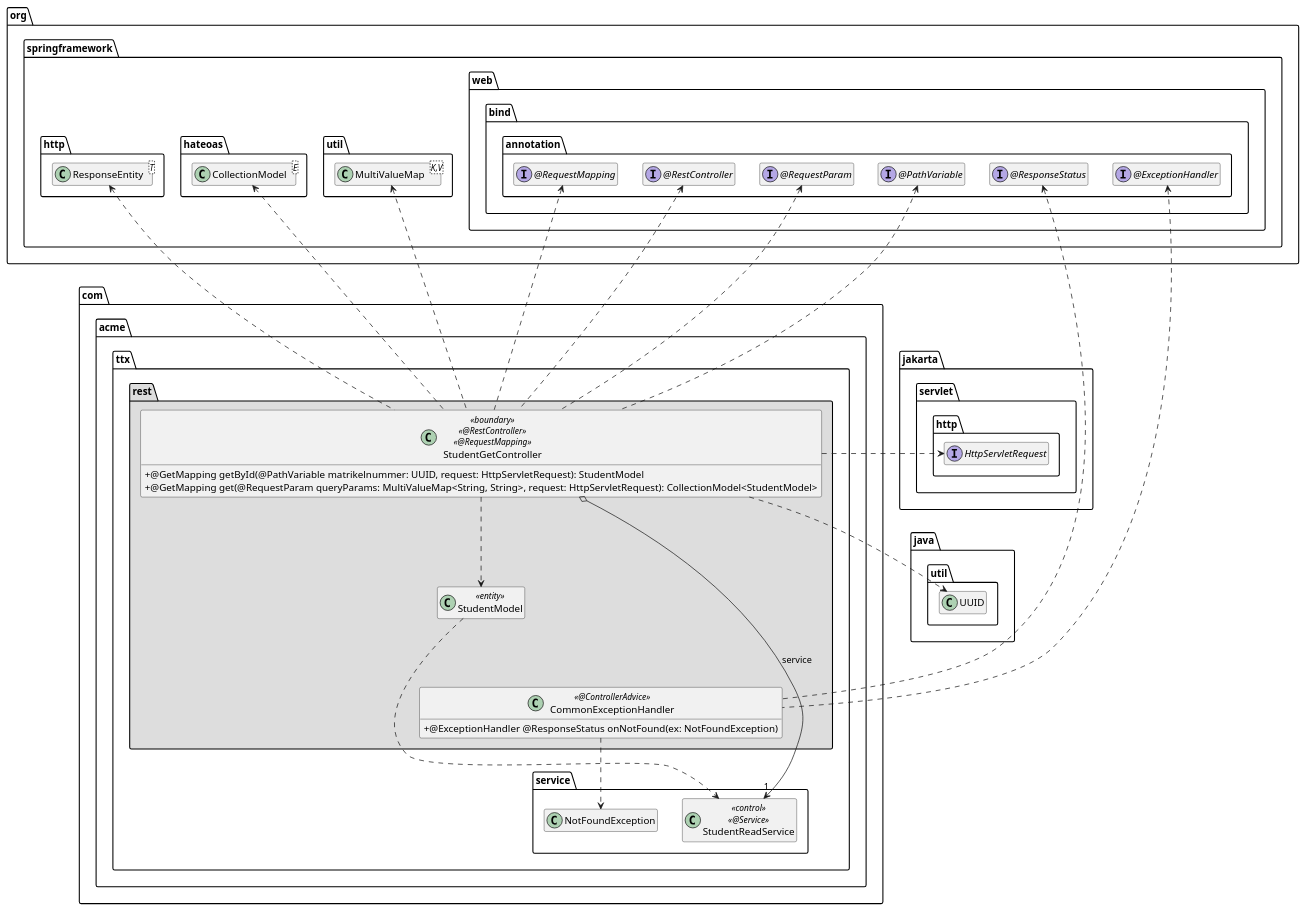
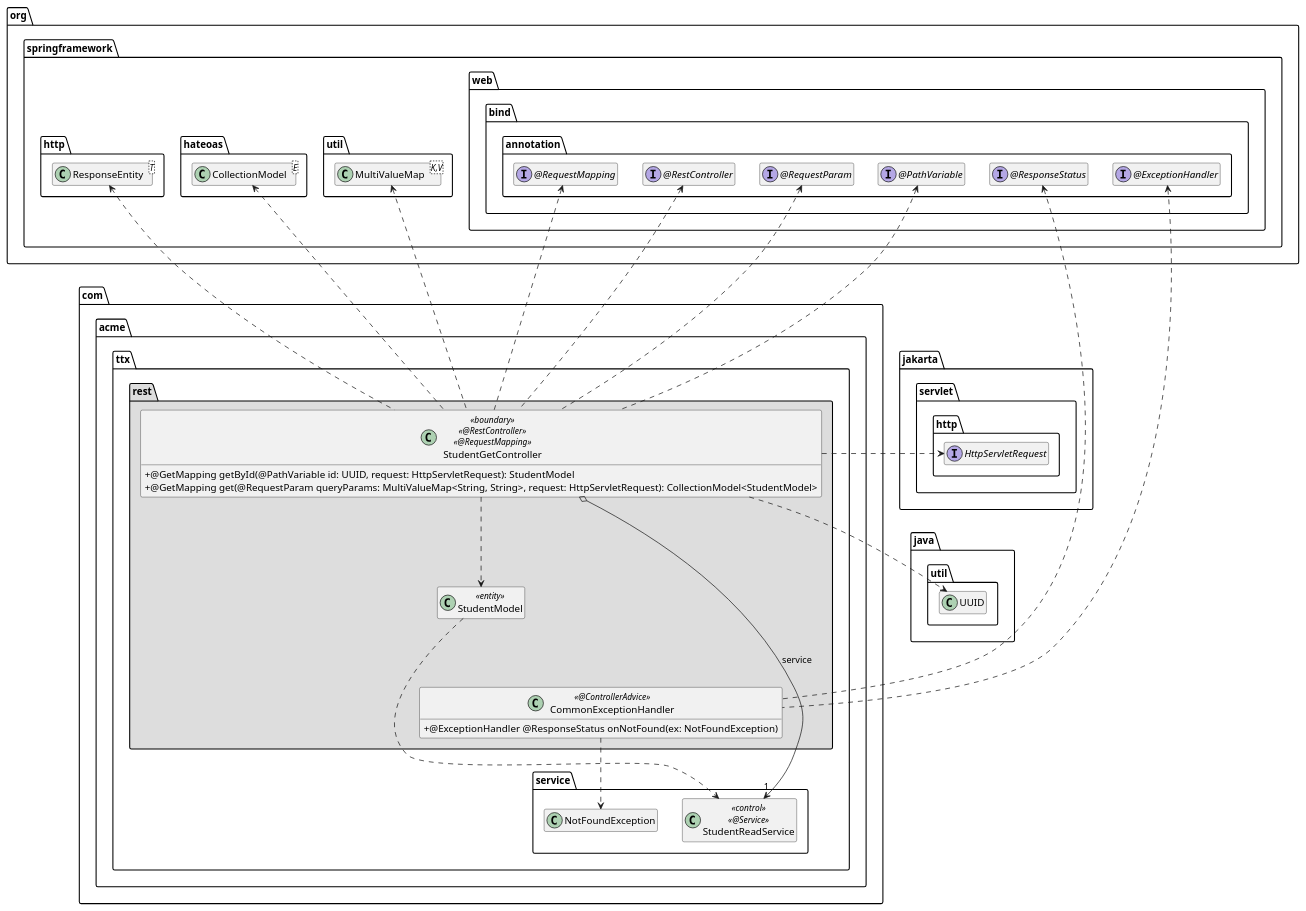
One commit to thanhxt/StudentServer changed the diagram in extras/doc/StudentGetController.puml. Above: the diagram before and after it, drawn with PlantUML. The commit also changed 9 other files, not shown here.

Commit message:
plantuml diagramms updated

```diff
--- a/extras/doc/StudentGetController.puml
+++ b/extras/doc/StudentGetController.puml
@@ -1,77 +1,77 @@
 @startuml StudentGetController
 
 skinparam classAttributeIconSize 0
 
 package org.springframework {
     package web.bind.annotation {
         interface "@RestController" as RestController
         interface "@RequestMapping" as RequestMapping
         interface "@PathVariable" as PathVariable
         interface "@RequestParam" as RequestParam
         interface "@ExceptionHandler" as ExceptionHandler
         interface "@ResponseStatus" as ResponseStatus
     }
 
     package http {
         class ResponseEntity<T>
     }
     package hateoas {
         class CollectionModel<E>
     }
     package util {
         class MultiValueMap<K,V>
     }
 }
 
 package jakarta.servlet.http {
     interface HttpServletRequest
 }
 
 package java.util {
     class UUID
     UUID .up[hidden].> HttpServletRequest
 }
 
 package com.acme.ttx {
     package service {
         class StudentReadService << control >> << @Service >>
         class NotFoundException
     }
 
     package rest #DDDDDD {
         class StudentModel <<entity>>
 
         class StudentGetController << boundary >> << @RestController >> << @RequestMapping >> {
-            + @GetMapping getById(@PathVariable matrikelnummer: UUID, request: HttpServletRequest): StudentModel
+            + @GetMapping getById(@PathVariable id: UUID, request: HttpServletRequest): StudentModel
             + @GetMapping get(@RequestParam queryParams: MultiValueMap<String, String>, request: HttpServletRequest): CollectionModel<StudentModel>
         }
 
         class CommonExceptionHandler << @ControllerAdvice >> {
             + @ExceptionHandler @ResponseStatus onNotFound(ex: NotFoundException)
         }
 
         StudentGetController o--> "1" StudentReadService : service
         StudentGetController ..> StudentModel
 
         StudentGetController .up.> RestController
         StudentGetController .up.> RequestMapping
         StudentGetController .up.> PathVariable
         StudentGetController .up.> RequestParam
         StudentGetController .up.> ResponseEntity
         StudentGetController .up.> MultiValueMap
         StudentGetController .up.> CollectionModel
         StudentGetController .right.> HttpServletRequest
 
         CommonExceptionHandler .up.> ExceptionHandler
         CommonExceptionHandler .up.> ResponseStatus
         CommonExceptionHandler ..> NotFoundException
         CommonExceptionHandler .up[hidden].> StudentModel
 
         StudentGetController .right.> UUID
 
         StudentModel ..> StudentReadService
     }
 }
 
 hide empty members
 @enduml
```
